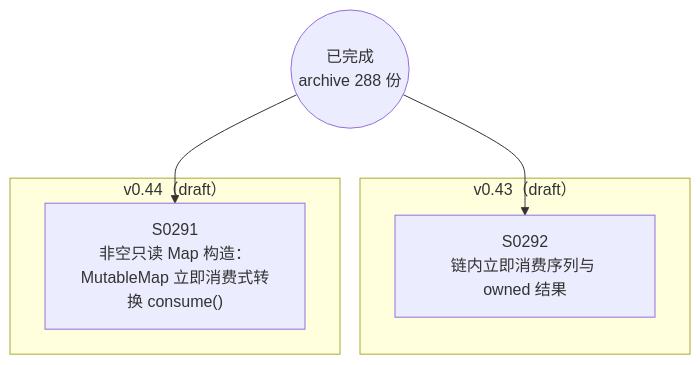
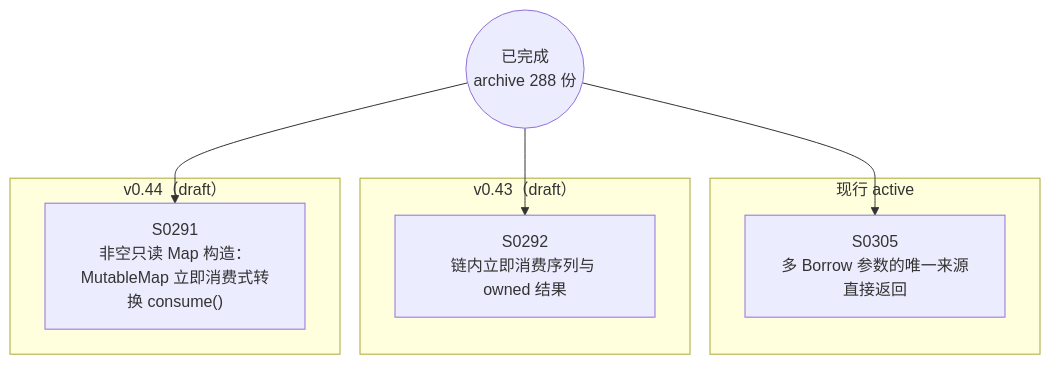
The diagram in docs/specs/dependency-graph.md (Halckon/Koven), drawn with Mermaid before and after one commit. The commit also changed other lines of this file and 7 other files, not shown here.

````diff
--- a/docs/specs/dependency-graph.md
+++ b/docs/specs/dependency-graph.md
@@ -9,12 +9,16 @@
 ```mermaid
 flowchart TD
 ARCH(("已完成<br/>archive 288 份"))
+subgraph Gactive["现行 active"]
+  S0305["S0305<br/>多 Borrow 参数的唯一来源直接返回"]
+end
 subgraph Gdrafts_v043["v0.43（draft）"]
   S0292["S0292<br/>链内立即消费序列与 owned 结果"]
 end
 subgraph Gdrafts_v044["v0.44（draft）"]
   S0291["S0291<br/>非空只读 Map 构造：MutableMap 立即消费式转换 consume()"]
 end
 ARCH --> S0291
 ARCH --> S0292
+ARCH --> S0305
 ```
````
